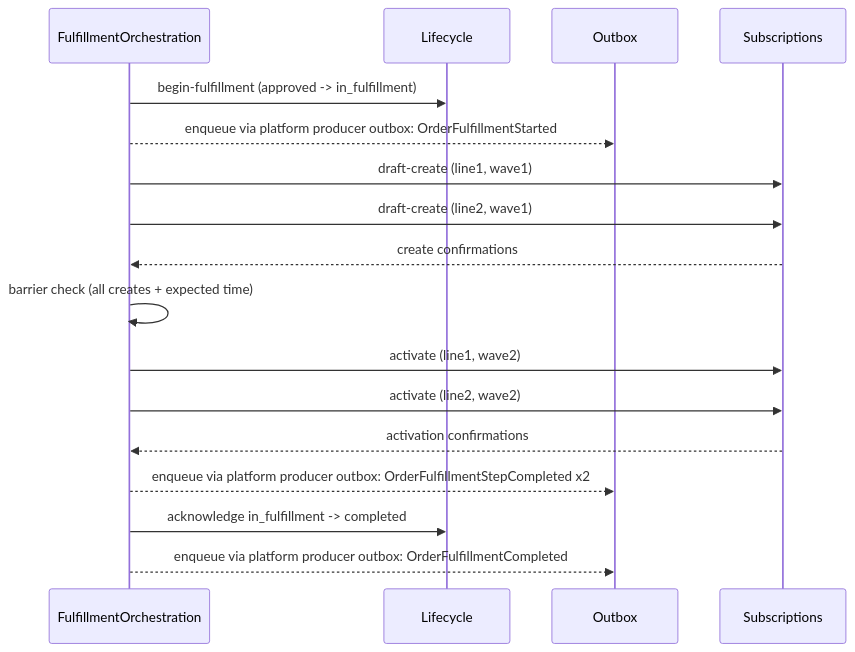
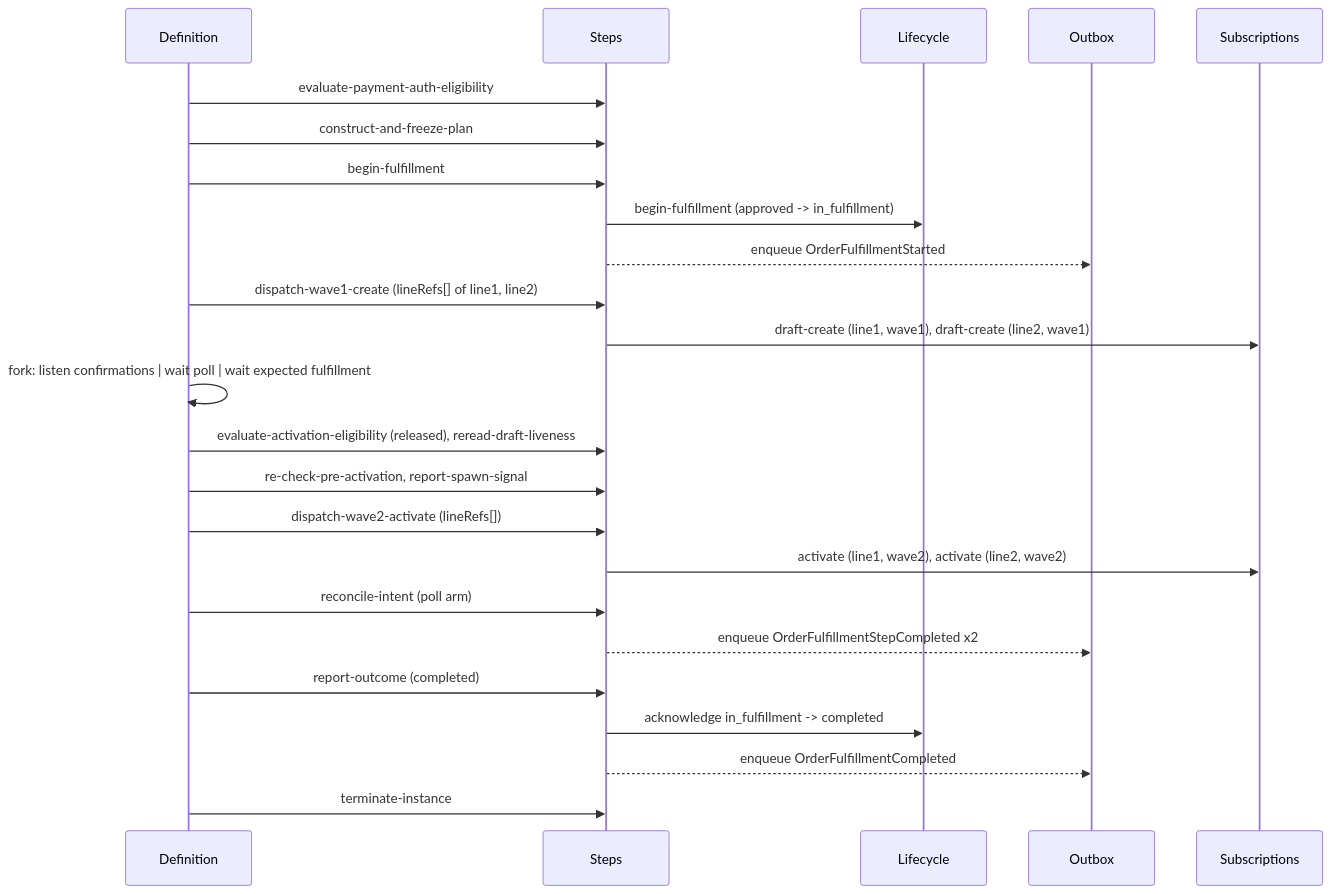
One commit to constructorfabric/gears-rust changed the fourth of 7 diagrams in gears/bss/orders-workflow/docs/DESIGN.md. Above: the diagram before and after it, drawn with Mermaid. The commit also changed other lines of this file and 3 other files, not shown here.

Commit message:
docs(bss/orders-workflow): index, registers and README follow the platform-definition decision (Q-01 answered, D-65…, serverless-runtime asks)

````diff
--- a/gears/bss/orders-workflow/docs/DESIGN.md
+++ b/gears/bss/orders-workflow/docs/DESIGN.md
@@ -679,15 +837,21 @@
 ```mermaid
 sequenceDiagram
-    FulfillmentOrchestration ->> Lifecycle: begin-fulfillment (approved -> in_fulfillment)
-    FulfillmentOrchestration -->> Outbox: enqueue via platform producer outbox: OrderFulfillmentStarted
-    FulfillmentOrchestration ->> Subscriptions: draft-create (line1, wave1)
-    FulfillmentOrchestration ->> Subscriptions: draft-create (line2, wave1)
-    Subscriptions -->> FulfillmentOrchestration: create confirmations
-    FulfillmentOrchestration ->> FulfillmentOrchestration: barrier check (all creates + expected time)
-    FulfillmentOrchestration ->> Subscriptions: activate (line1, wave2)
-    FulfillmentOrchestration ->> Subscriptions: activate (line2, wave2)
-    Subscriptions -->> FulfillmentOrchestration: activation confirmations
-    FulfillmentOrchestration -->> Outbox: enqueue via platform producer outbox: OrderFulfillmentStepCompleted x2
-    FulfillmentOrchestration ->> Lifecycle: acknowledge in_fulfillment -> completed
-    FulfillmentOrchestration -->> Outbox: enqueue via platform producer outbox: OrderFulfillmentCompleted
+    Definition ->> Steps: evaluate-payment-auth-eligibility
+    Definition ->> Steps: construct-and-freeze-plan
+    Definition ->> Steps: begin-fulfillment
+    Steps ->> Lifecycle: begin-fulfillment (approved -> in_fulfillment)
+    Steps -->> Outbox: enqueue OrderFulfillmentStarted
+    Definition ->> Steps: dispatch-wave1-create (lineRefs[] of line1, line2)
+    Steps ->> Subscriptions: draft-create (line1, wave1), draft-create (line2, wave1)
+    Definition ->> Definition: fork: listen confirmations | wait poll | wait expected fulfillment
+    Definition ->> Steps: evaluate-activation-eligibility (released), reread-draft-liveness
+    Definition ->> Steps: re-check-pre-activation, report-spawn-signal
+    Definition ->> Steps: dispatch-wave2-activate (lineRefs[])
+    Steps ->> Subscriptions: activate (line1, wave2), activate (line2, wave2)
+    Definition ->> Steps: reconcile-intent (poll arm)
+    Steps -->> Outbox: enqueue OrderFulfillmentStepCompleted x2
+    Definition ->> Steps: report-outcome (completed)
+    Steps ->> Lifecycle: acknowledge in_fulfillment -> completed
+    Steps -->> Outbox: enqueue OrderFulfillmentCompleted
+    Definition ->> Steps: terminate-instance
 ```
````
